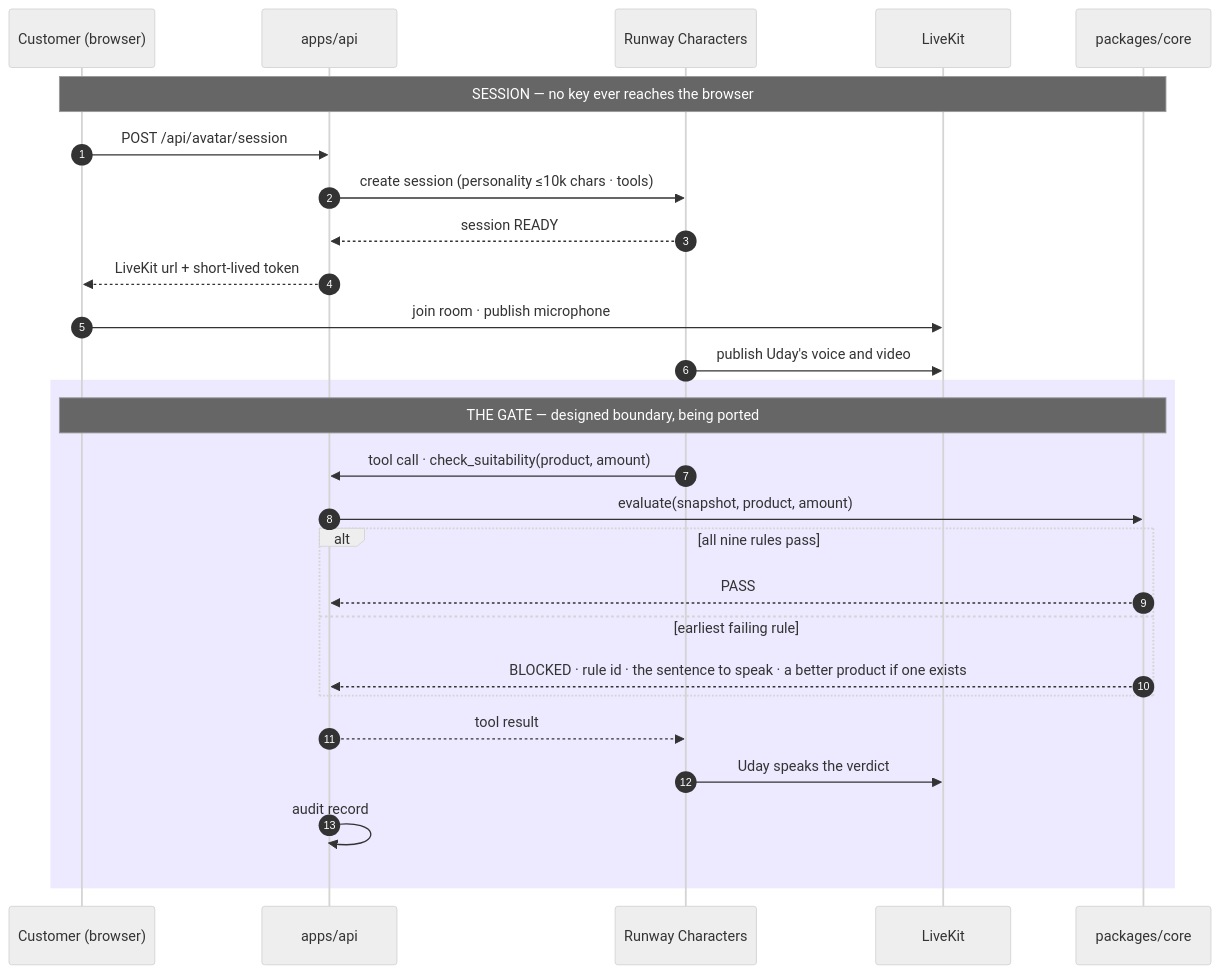
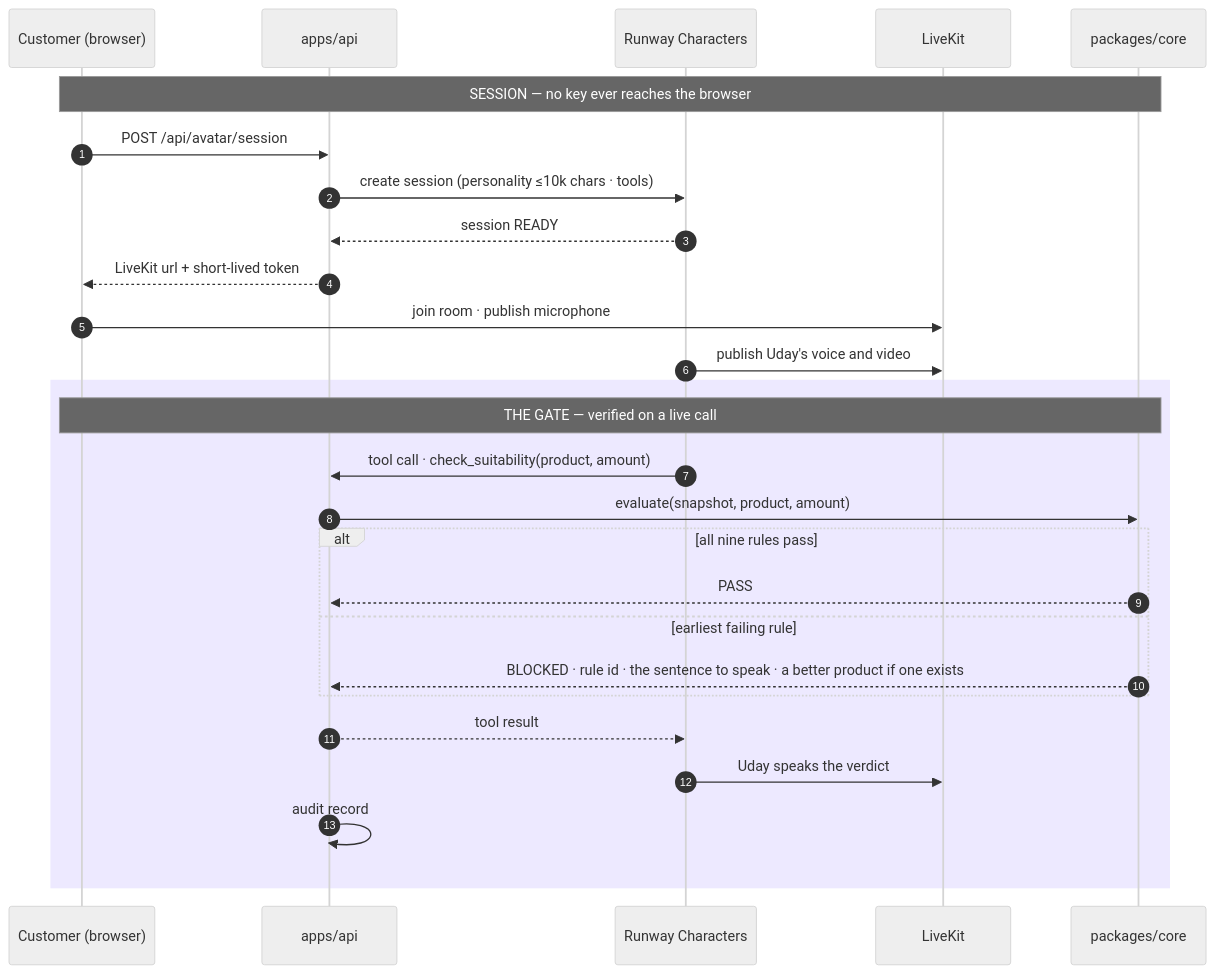
One commit to dhan-sarthi/dhan-sarthi changed the second of 4 diagrams in README.md. Above: the diagram before and after it, drawn with Mermaid (neutral theme). The commit also changed other lines of this file and 66 other files, not shown here.

````diff
--- a/README.md
+++ b/README.md
@@ -86,31 +87,31 @@
 ```mermaid
 sequenceDiagram
     autonumber
     participant C as Customer (browser)
     participant A as apps/api
     participant R as Runway Characters
     participant L as LiveKit
     participant K as packages/core
 
     Note over C,K: SESSION — no key ever reaches the browser
     C->>A: POST /api/avatar/session
     A->>R: create session (personality ≤10k chars · tools)
     R-->>A: session READY
     A-->>C: LiveKit url + short-lived token
     C->>L: join room · publish microphone
     R->>L: publish Uday's voice and video
 
     rect rgba(111, 76, 255, 0.12)
-    Note over C,K: THE GATE — designed boundary, being ported
+    Note over C,K: THE GATE — verified on a live call
     R->>A: tool call · check_suitability(product, amount)
     A->>K: evaluate(snapshot, product, amount)
     alt all nine rules pass
         K-->>A: PASS
     else earliest failing rule
         K-->>A: BLOCKED · rule id · the sentence to speak · a better product if one exists
     end
     A-->>R: tool result
     R->>L: Uday speaks the verdict
     A->>A: audit record
     end
 ```
````
